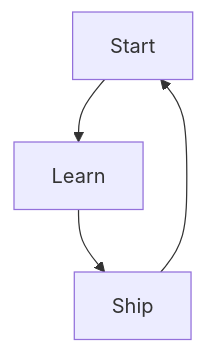
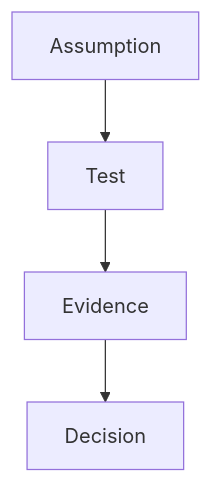
The diagram in templates/chapter-template.md (adamshen1007/FounderOS), drawn with Mermaid before and after one commit. The commit also changed other lines of this file and 7 other files, not shown here.

````diff
--- a/templates/chapter-template.md
+++ b/templates/chapter-template.md
@@ -27,6 +33,6 @@
 ```mermaid
 flowchart TD
-A[Start] --> B[Learn]
-B --> C[Ship]
-C --> A
+    A[Assumption] --> B[Test]
+    B --> C[Evidence]
+    C --> D[Decision]
 ```
````
